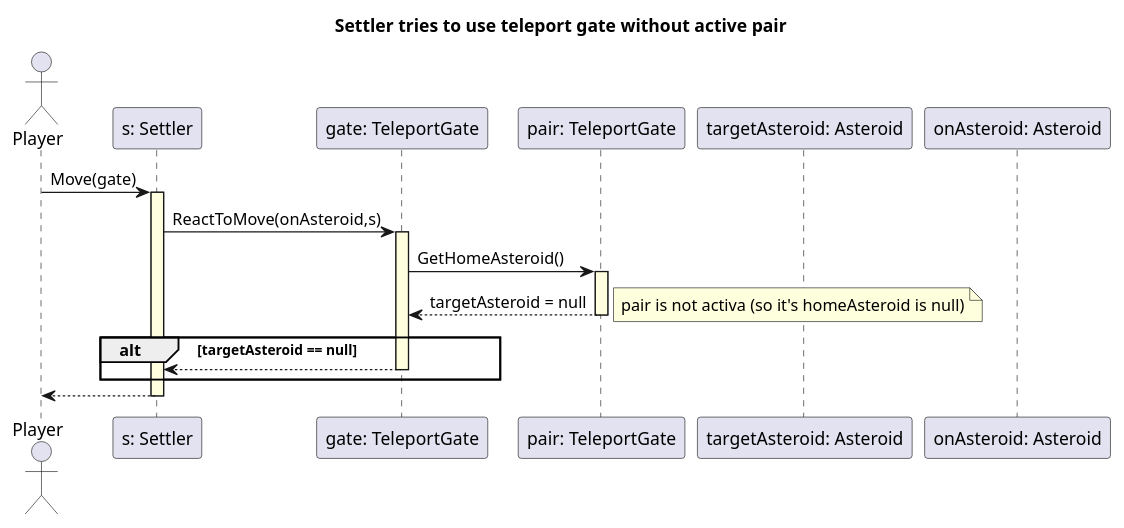
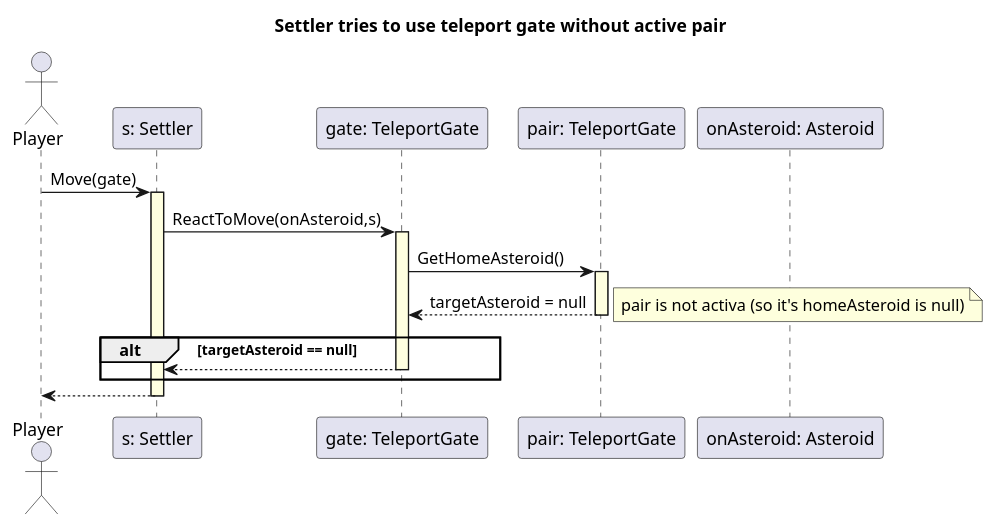
Before and after one commit to triszt4n/projlab_holy_oil: the diagram in uml/settler_tries_to_user_teleport_gate.plantuml, drawn with PlantUML. The commit also changed 7 other files, not shown here.

Commit message:
communication diagrams, and small fix

```diff
--- a/uml/settler_tries_to_user_teleport_gate.plantuml
+++ b/uml/settler_tries_to_user_teleport_gate.plantuml
@@ -1,37 +1,36 @@
 @startuml Settler tries to use teleport gate
 
 title Settler tries to use teleport gate without active pair
 
 skinparam SequenceLifeLineBackgroundColor LightYellow
 
 actor Player as player
 
 participant "s: Settler" as s
 participant "gate: TeleportGate" as gate
 participant "pair: TeleportGate" as pair
 
-participant "targetAsteroid: Asteroid" as a2
 
 participant "onAsteroid: Asteroid" as a1
 
 
 
 
 player -> s ++ : Move(gate)
 
 s -> gate ++ : ReactToMove(onAsteroid,s)
 
 gate -> pair ++ : GetHomeAsteroid()
 pair --> gate --: targetAsteroid = null
 
 note right : pair is not activa (so it's homeAsteroid is null)
 
 alt targetAsteroid == null
     gate --> s --
 end
 
 
 
 s --> player --
 
 @enduml
```
